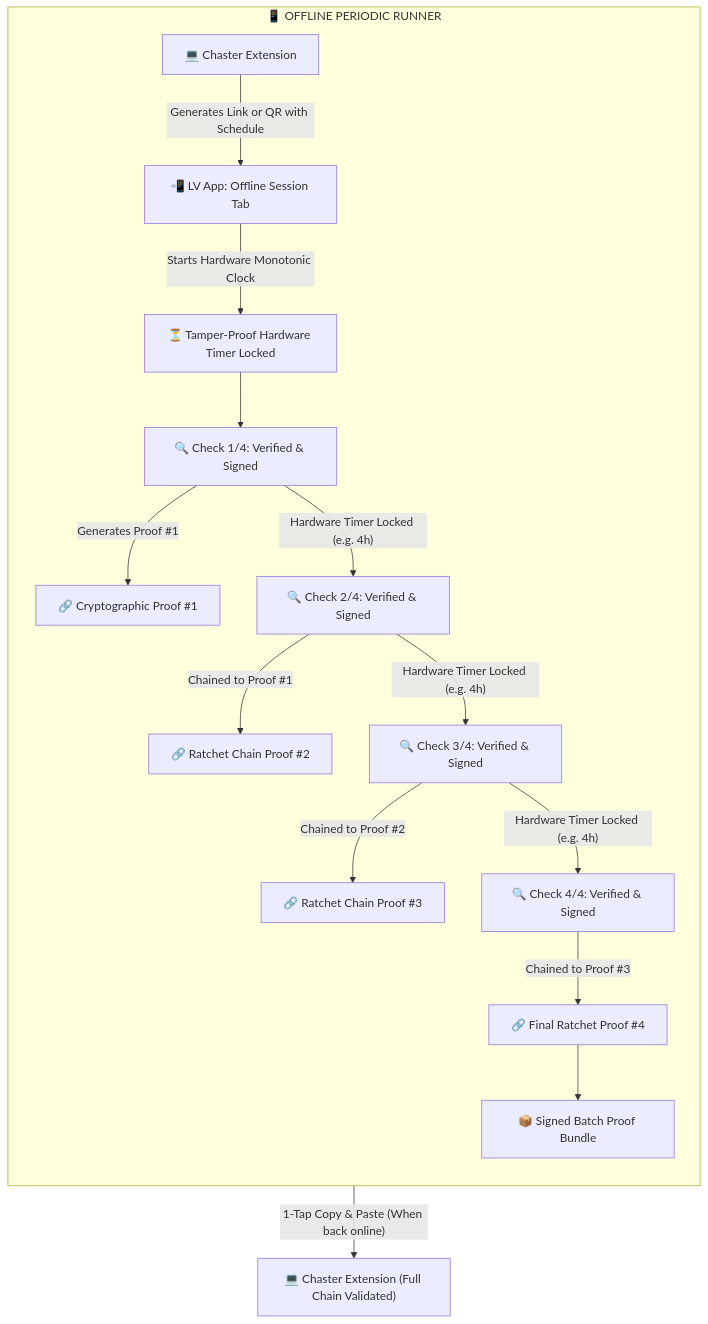
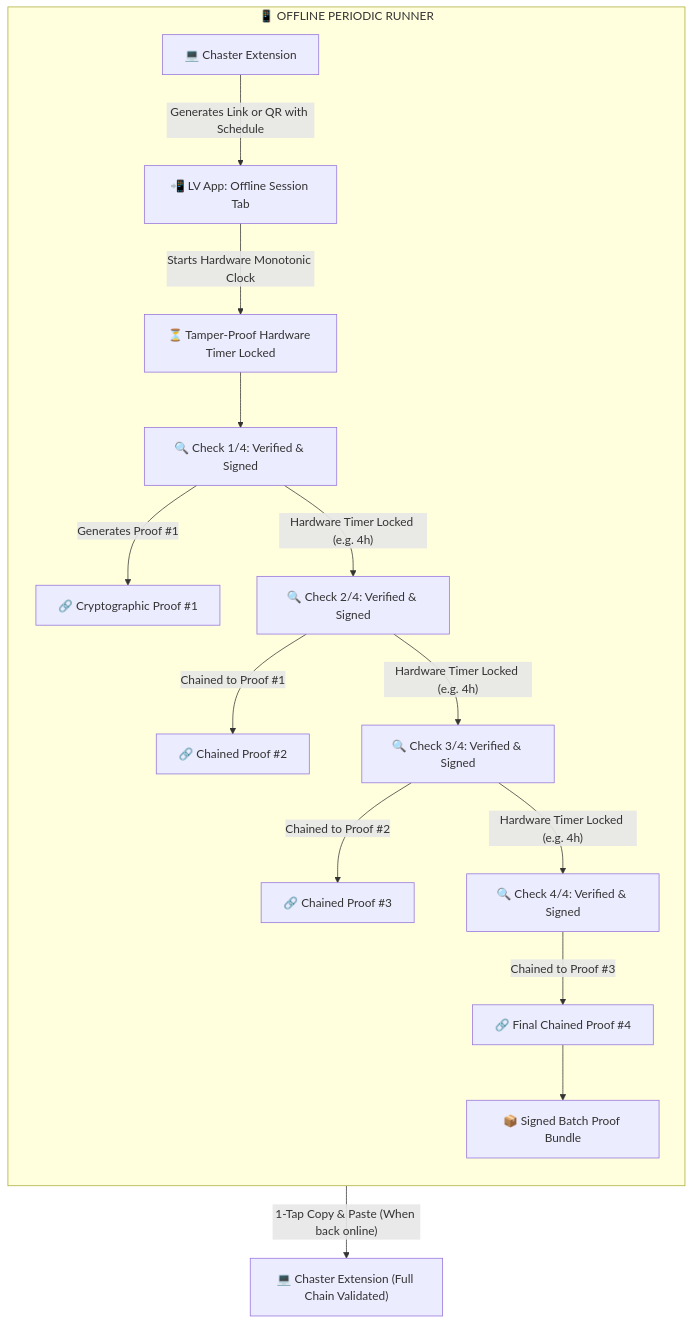
One commit to osepam-netizen/lv changed the diagram in docs/OFFLINE_VERIFICATION.md. Above: the diagram before and after it, drawn with Mermaid. The commit also changed other lines of this file and 1 other file, not shown here.

````diff
--- a/docs/OFFLINE_VERIFICATION.md
+++ b/docs/OFFLINE_VERIFICATION.md
@@ -13,24 +13,24 @@
 ```mermaid
 flowchart TD
     subgraph Runner["📱 OFFLINE PERIODIC RUNNER"]
         direction TB
         Ext["💻 Chaster Extension"] -->|"Generates Link or QR with Schedule"| App["📲 LV App: Offline Session Tab"]
         App -->|"Starts Hardware Monotonic Clock"| Timer["⏳ Tamper-Proof Hardware Timer Locked"]
 
         Timer --> C1["🔍 Check 1/4: Verified & Signed"]
         C1 -->|"Generates Proof #1"| P1["🔗 Cryptographic Proof #1"]
 
         C1 -->|"Hardware Timer Locked (e.g. 4h)"| C2["🔍 Check 2/4: Verified & Signed"]
-        C2 -->|"Chained to Proof #1"| P2["🔗 Ratchet Chain Proof #2"]
+        C2 -->|"Chained to Proof #1"| P2["🔗 Chained Proof #2"]
 
         C2 -->|"Hardware Timer Locked (e.g. 4h)"| C3["🔍 Check 3/4: Verified & Signed"]
-        C3 -->|"Chained to Proof #2"| P3["🔗 Ratchet Chain Proof #3"]
+        C3 -->|"Chained to Proof #2"| P3["🔗 Chained Proof #3"]
 
         C3 -->|"Hardware Timer Locked (e.g. 4h)"| C4["🔍 Check 4/4: Verified & Signed"]
-        C4 -->|"Chained to Proof #3"| P4["🔗 Final Ratchet Proof #4"]
+        C4 -->|"Chained to Proof #3"| P4["🔗 Final Chained Proof #4"]
 
         P4 --> Bundle["📦 Signed Batch Proof Bundle"]
     end
 
     Bundle -->|"1-Tap Copy & Paste (When back online)"| Finish["💻 Chaster Extension (Full Chain Validated)"]
 ```
````
